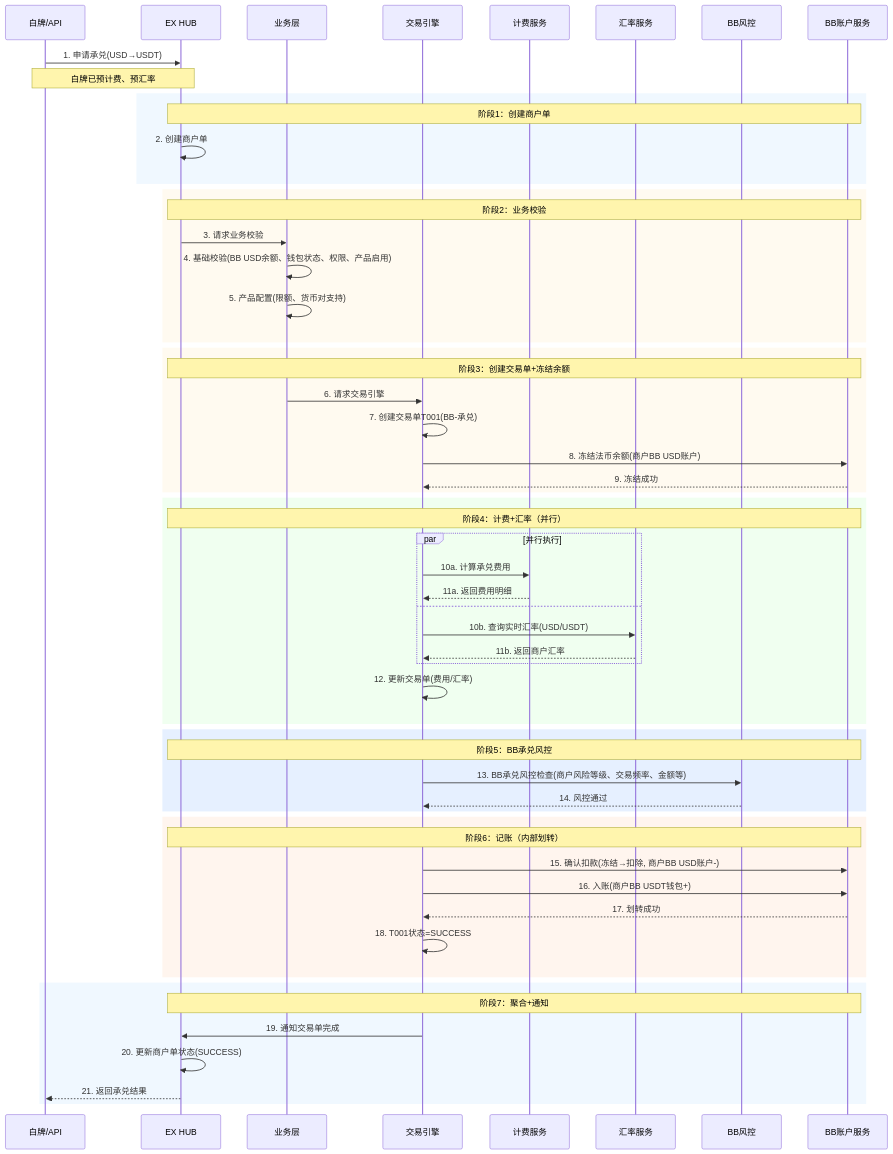
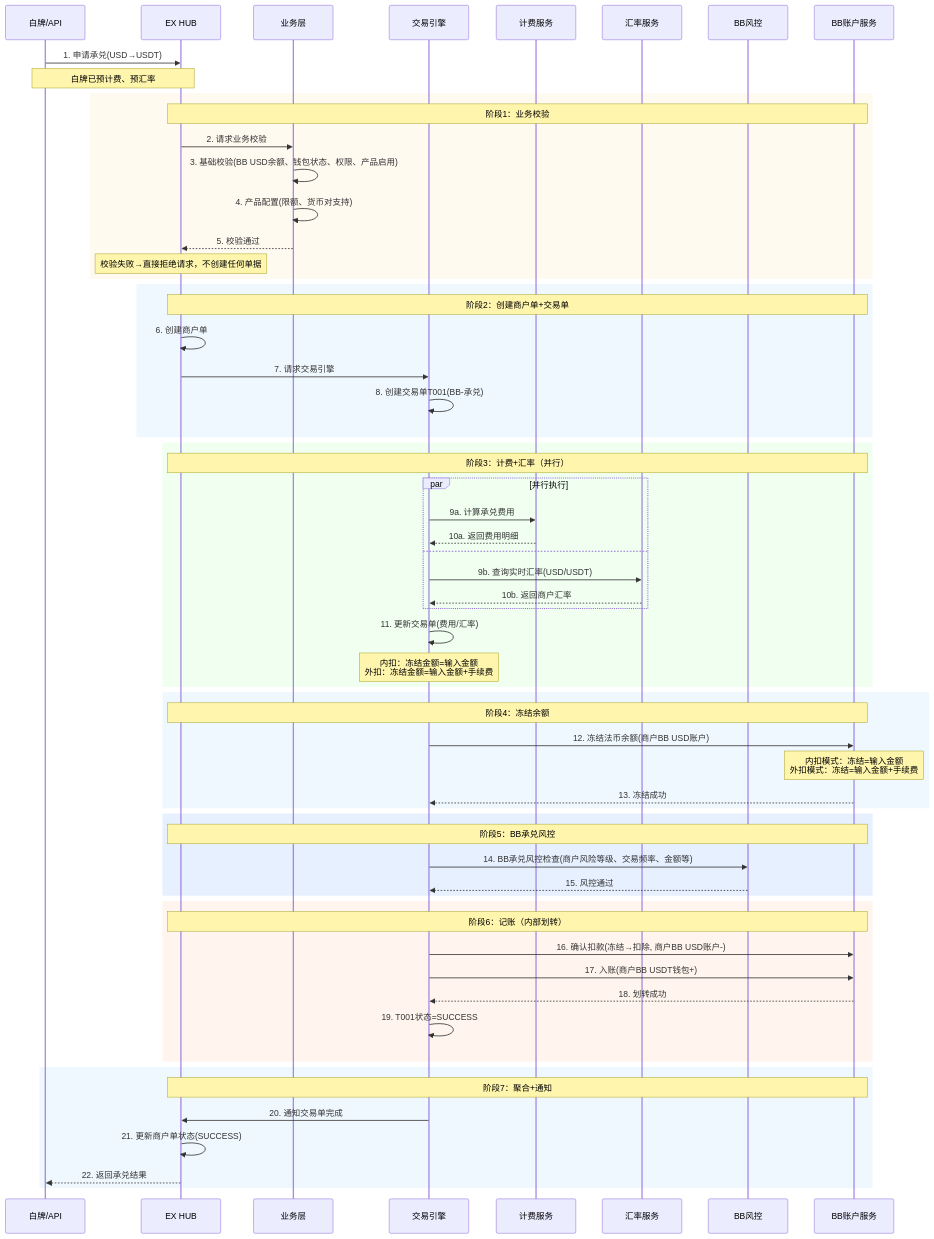
One commit to xiaoxiaoangie/EX-NEW changed the first of 19 diagrams in onofframp/prd/onramp-complete.md. Above: the diagram before and after it, drawn with Mermaid. The commit also changed other lines of this file and 10 other files, not shown here.

````diff
--- a/onofframp/prd/onramp-complete.md
+++ b/onofframp/prd/onramp-complete.md
@@ -245,68 +227,72 @@
 ```mermaid
 sequenceDiagram
     participant WP as 白牌/API
     participant HUB as EX HUB
     participant BL as 业务层
     participant TE as 交易引擎
     participant Pricing as 计费服务
     participant FX as 汇率服务
     participant Risk as BB风控
     participant Account as BB账户服务
   
     WP->>HUB: 1. 申请承兑(USD→USDT)
   
     Note over WP,HUB: 白牌已预计费、预汇率
   
-    rect rgb(240, 248, 255)
-        Note over HUB,Account: 阶段1：创建商户单
-        HUB->>HUB: 2. 创建商户单
+    rect rgb(255, 250, 240)
+        Note over HUB,Account: 阶段1：业务校验
+        HUB->>BL: 2. 请求业务校验
+        BL->>BL: 3. 基础校验(BB USD余额、钱包状态、权限、产品启用)
+        BL->>BL: 4. 产品配置(限额、货币对支持)
+        BL-->>HUB: 5. 校验通过
+        Note over HUB: 校验失败→直接拒绝请求，不创建任何单据
     end
   
-    rect rgb(255, 250, 240)
-        Note over HUB,Account: 阶段2：业务校验
-        HUB->>BL: 3. 请求业务校验
-        BL->>BL: 4. 基础校验(BB USD余额、钱包状态、权限、产品启用)
-        BL->>BL: 5. 产品配置(限额、货币对支持)
-    end
-  
-    rect rgb(255, 250, 240)
-        Note over HUB,Account: 阶段3：创建交易单+冻结余额
-        BL->>TE: 6. 请求交易引擎
-        TE->>TE: 7. 创建交易单T001(BB-承兑)
-        TE->>Account: 8. 冻结法币余额(商户BB USD账户)
-        Account-->>TE: 9. 冻结成功
+    rect rgb(240, 248, 255)
+        Note over HUB,Account: 阶段2：创建商户单+交易单
+        HUB->>HUB: 6. 创建商户单
+        HUB->>TE: 7. 请求交易引擎
+        TE->>TE: 8. 创建交易单T001(BB-承兑)
     end
   
     rect rgb(240, 255, 240)
-        Note over HUB,Account: 阶段4：计费+汇率（并行）
+        Note over HUB,Account: 阶段3：计费+汇率（并行）
         par 并行执行
-            TE->>Pricing: 10a. 计算承兑费用
-            Pricing-->>TE: 11a. 返回费用明细
+            TE->>Pricing: 9a. 计算承兑费用
+            Pricing-->>TE: 10a. 返回费用明细
         and
-            TE->>FX: 10b. 查询实时汇率(USD/USDT)
-            FX-->>TE: 11b. 返回商户汇率
+            TE->>FX: 9b. 查询实时汇率(USD/USDT)
+            FX-->>TE: 10b. 返回商户汇率
         end
-        TE->>TE: 12. 更新交易单(费用/汇率)
+        TE->>TE: 11. 更新交易单(费用/汇率)
+        Note over TE: 内扣：冻结金额=输入金额<br/>外扣：冻结金额=输入金额+手续费
+    end
+  
+    rect rgb(240, 248, 255)
+        Note over HUB,Account: 阶段4：冻结余额
+        TE->>Account: 12. 冻结法币余额(商户BB USD账户)
+        Note over Account: 内扣模式：冻结=输入金额<br/>外扣模式：冻结=输入金额+手续费
+        Account-->>TE: 13. 冻结成功
     end
   
     rect rgb(230, 240, 255)
         Note over HUB,Account: 阶段5：BB承兑风控
-        TE->>Risk: 13. BB承兑风控检查(商户风险等级、交易频率、金额等)
-        Risk-->>TE: 14. 风控通过
+        TE->>Risk: 14. BB承兑风控检查(商户风险等级、交易频率、金额等)
+        Risk-->>TE: 15. 风控通过
     end
   
     rect rgb(255, 245, 238)
         Note over HUB,Account: 阶段6：记账（内部划转）
-        TE->>Account: 15. 确认扣款(冻结→扣除, 商户BB USD账户-)
-        TE->>Account: 16. 入账(商户BB USDT钱包+)
-        Account-->>TE: 17. 划转成功
-        TE->>TE: 18. T001状态=SUCCESS
+        TE->>Account: 16. 确认扣款(冻结→扣除, 商户BB USD账户-)
+        TE->>Account: 17. 入账(商户BB USDT钱包+)
+        Account-->>TE: 18. 划转成功
+        TE->>TE: 19. T001状态=SUCCESS
     end
   
     rect rgb(240, 248, 255)
         Note over HUB,Account: 阶段7：聚合+通知
-        TE->>HUB: 19. 通知交易单完成
-        HUB->>HUB: 20. 更新商户单状态(SUCCESS)
-        HUB-->>WP: 21. 返回承兑结果
+        TE->>HUB: 20. 通知交易单完成
+        HUB->>HUB: 21. 更新商户单状态(SUCCESS)
+        HUB-->>WP: 22. 返回承兑结果
     end
 ```
````
